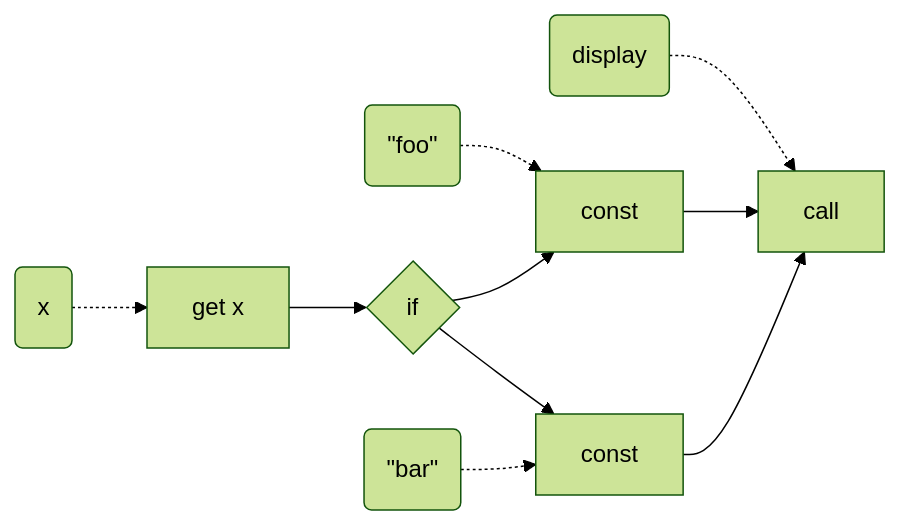
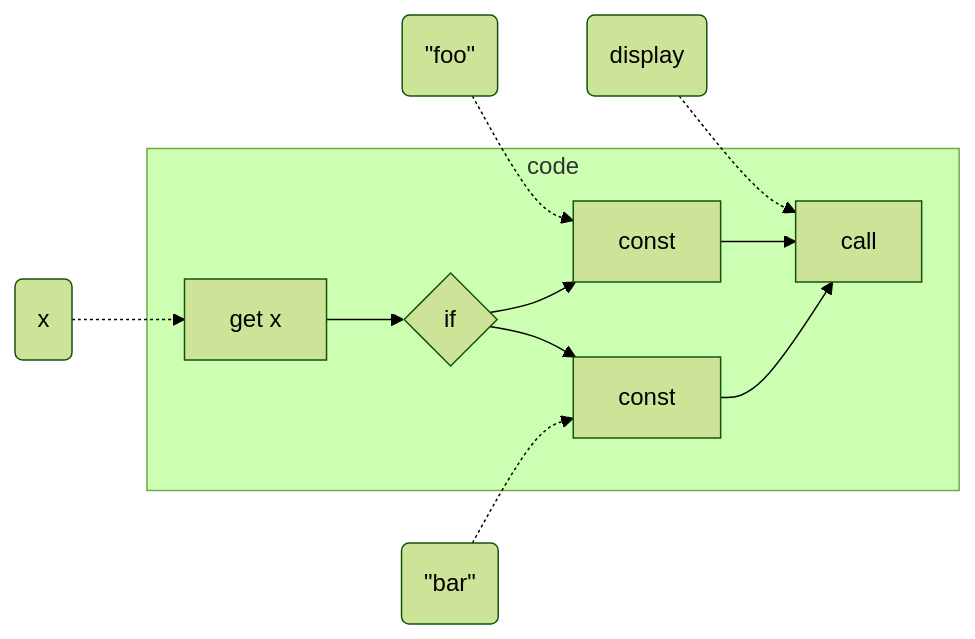
Before and after one commit to raviqqe/doc: the diagram in slides/papers/stak-scheme/if-instruction.mmd, drawn with Mermaid (forest theme). The commit also changed 1 other file, not shown here.

```diff
--- a/slides/papers/stak-scheme/if-instruction.mmd
+++ b/slides/papers/stak-scheme/if-instruction.mmd
@@ -1,8 +1,10 @@
 flowchart LR
   d0(x) -.-> c0
   d1(#quot;foo#quot;) -.-> c2
   d3(display) -.-> c4
-  c0[get x] --> c1{if}
-  c1 --> c2[const] & c3[const] --> c4
-  c4[call]
+
+  subgraph code
+    c0[get x] --> c1{if} --> c2[const] & c3[const] --> c4[call]
+  end
+
   d2(#quot;bar#quot;) -.-> c3
```
